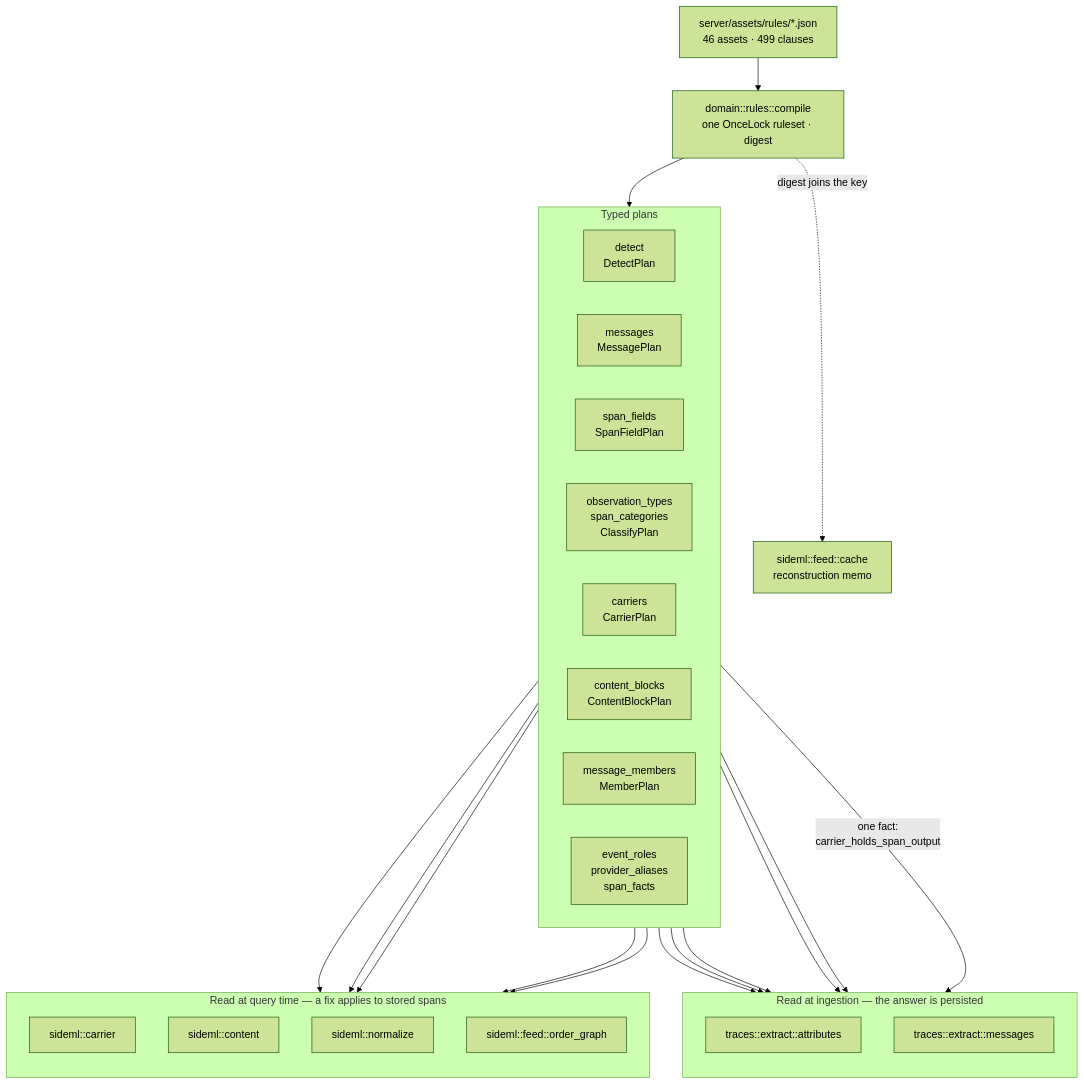
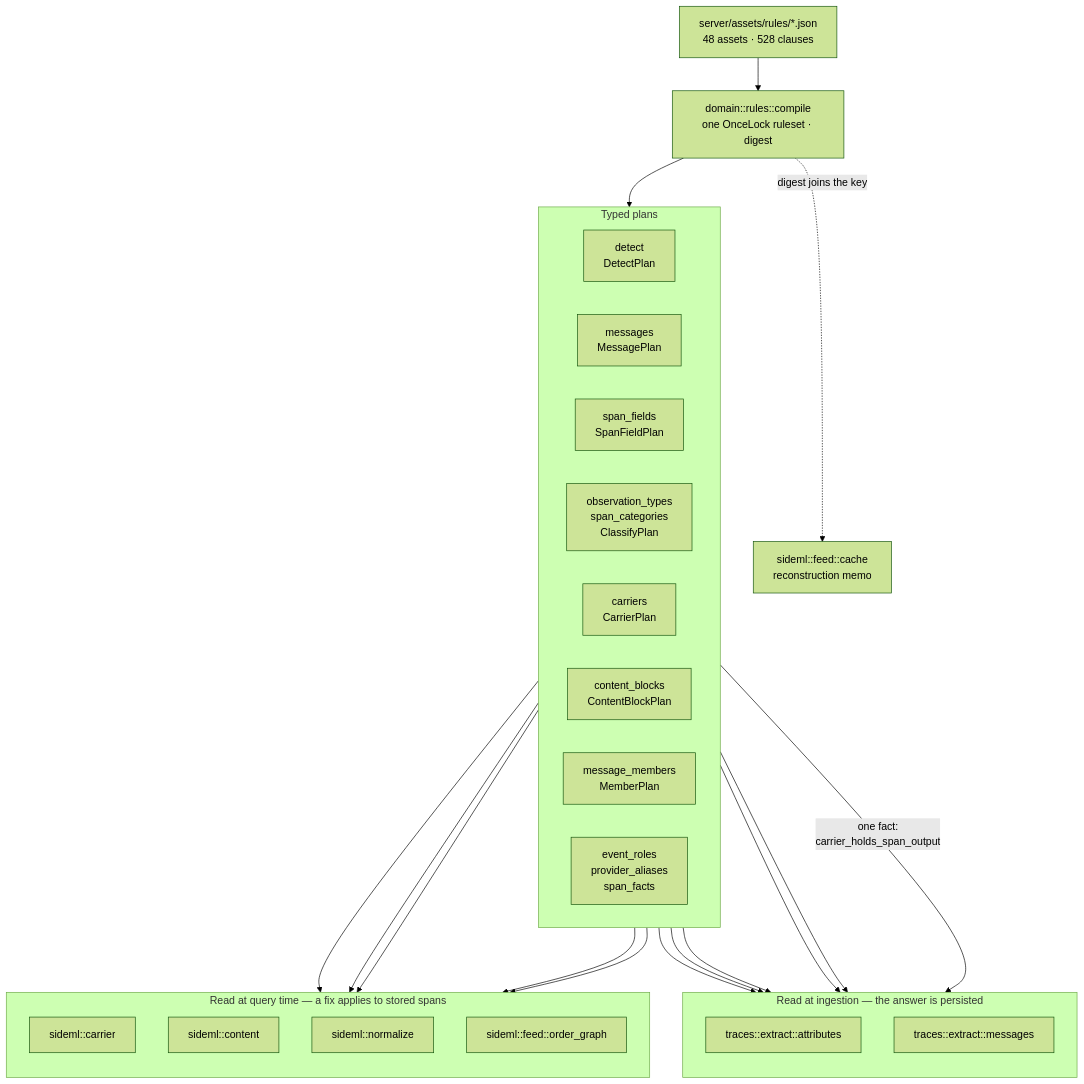
The first of 7 diagrams in docs/engineering/architecture-diagrams.md (sideseat/sideseat), drawn with Mermaid (forest theme) before and after one commit. The commit also changed 106 other files, not shown here.

````diff
--- a/docs/engineering/architecture-diagrams.md
+++ b/docs/engineering/architecture-diagrams.md
@@ -18,47 +18,47 @@
 ```mermaid
 flowchart TB
-    assets["server/assets/rules/*.json<br/>46 assets · 499 clauses"]
+    assets["server/assets/rules/*.json<br/>48 assets · 528 clauses"]
     compile["domain::rules::compile<br/>one OnceLock ruleset · digest"]
     assets --> compile
 
     subgraph plans["Typed plans"]
         direction LR
         detect["detect<br/>DetectPlan"]
         messages["messages<br/>MessagePlan"]
         fields["span_fields<br/>SpanFieldPlan"]
         classify["observation_types<br/>span_categories<br/>ClassifyPlan"]
         carriers["carriers<br/>CarrierPlan"]
         blocks["content_blocks<br/>ContentBlockPlan"]
         members["message_members<br/>MemberPlan"]
         roles["event_roles<br/>provider_aliases<br/>span_facts"]
     end
     compile --> plans
 
     subgraph ingest["Read at ingestion — the answer is persisted"]
         direction TB
         attrs["traces::extract::attributes"]
         msgs["traces::extract::messages"]
     end
 
     subgraph query["Read at query time — a fix applies to stored spans"]
         direction TB
         carrier["sideml::carrier"]
         content["sideml::content"]
         normalize["sideml::normalize"]
         order["sideml::feed::order_graph"]
     end
 
     detect --> attrs
     fields --> attrs
     classify --> attrs
     roles --> attrs
     messages --> msgs
     carriers -->|"one fact:<br/>carrier_holds_span_output"| msgs
     carriers --> carrier
     carriers --> order
     blocks --> content
     members --> content
     roles --> normalize
 
     compile -. "digest joins the key" .-> cache["sideml::feed::cache<br/>reconstruction memo"]
 ```
````
